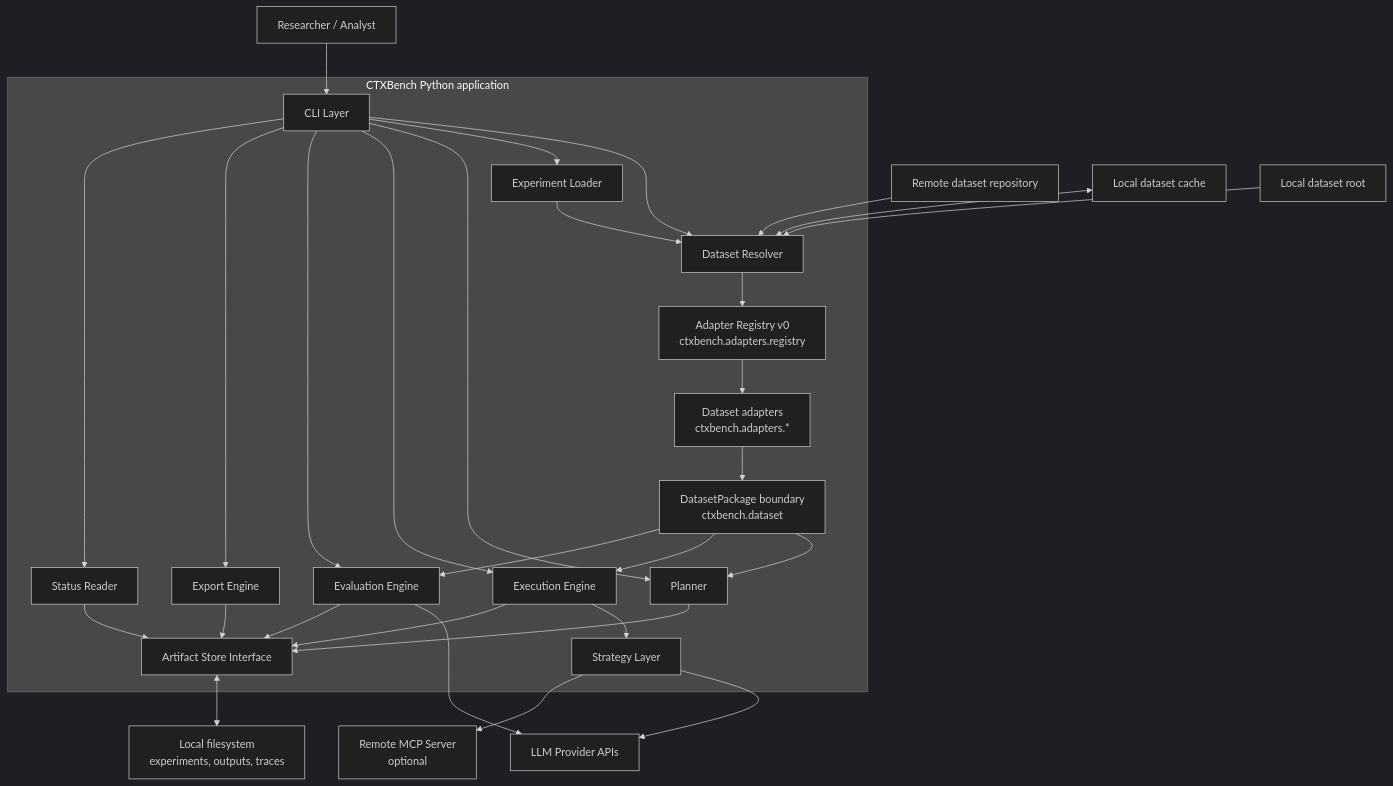
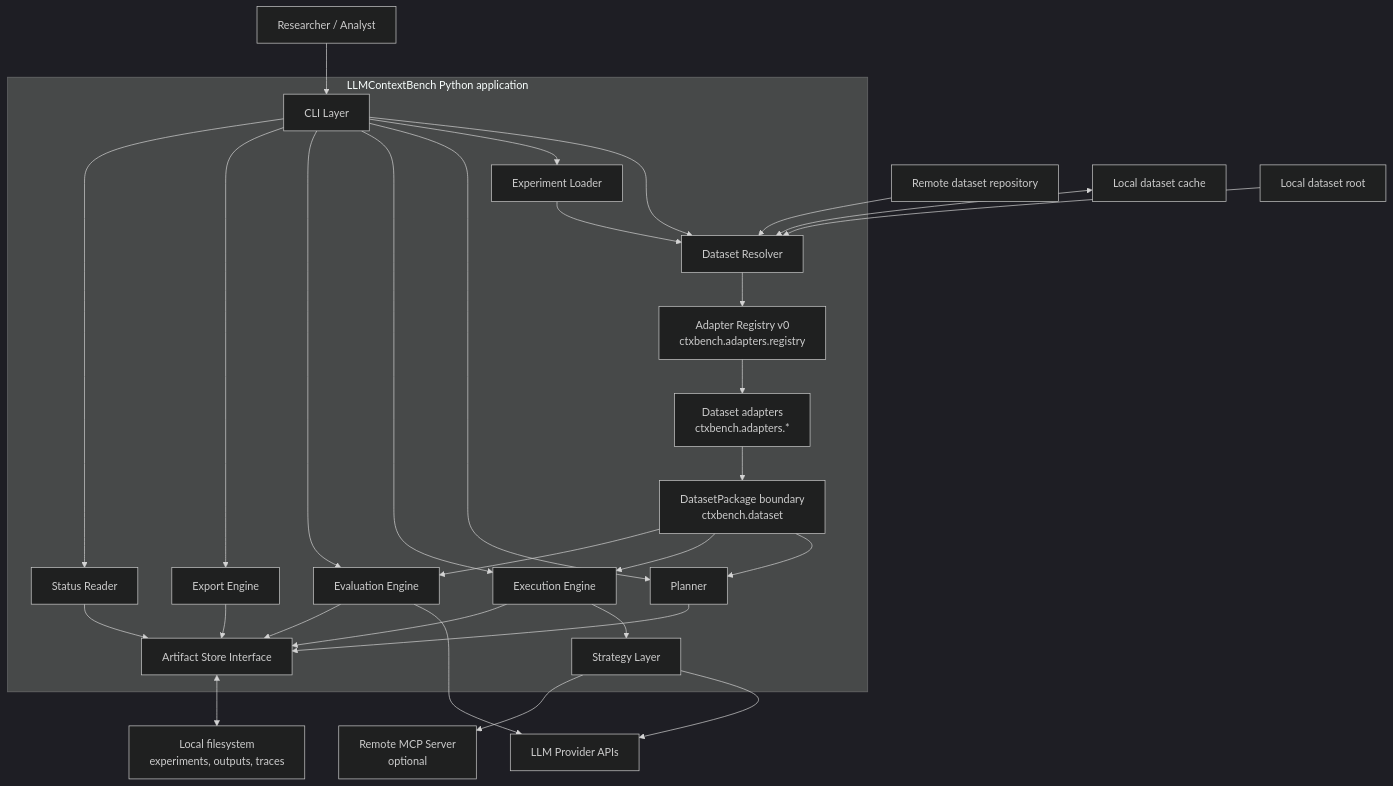
The diagram in docs/architecture/container.md (michelav/llmcontextbench), drawn with Mermaid (dark theme) before and after one commit. The commit also changed 42 other files, not shown here.

````diff
--- a/docs/architecture/container.md
+++ b/docs/architecture/container.md
@@ -5,57 +5,57 @@
 ```mermaid
 flowchart TB
     User["Researcher / Analyst"]
     Repo["Remote dataset repository"]
     Cache["Local dataset cache"]
     DatasetRoot["Local dataset root"]
 
-    subgraph CTX["CTXBench Python application"]
+    subgraph CTX["LLMContextBench Python application"]
         CLI["CLI Layer"]
         EXP["Experiment Loader"]
         RES["Dataset Resolver"]
         REG["Adapter Registry v0<br/>ctxbench.adapters.registry"]
         PKG["DatasetPackage boundary<br/>ctxbench.dataset"]
         ADAPT["Dataset adapters<br/>ctxbench.adapters.*"]
         PLAN["Planner"]
         EXEC["Execution Engine"]
         STRAT["Strategy Layer"]
         EVAL["Evaluation Engine"]
         EXPORT["Export Engine"]
         STATUS["Status Reader"]
         STORE["Artifact Store Interface"]
     end
 
     FS["Local filesystem<br/>experiments, outputs, traces"]
     LLM["LLM Provider APIs"]
     MCP["Remote MCP Server<br/>optional"]
 
     User --> CLI
     CLI --> RES
     CLI --> EXP
     CLI --> PLAN
     CLI --> EXEC
     CLI --> EVAL
     CLI --> EXPORT
     CLI --> STATUS
 
     Repo --> RES
     Cache <--> RES
     DatasetRoot --> RES
     EXP --> RES
     RES --> REG
     REG --> ADAPT
     ADAPT --> PKG
     PKG --> PLAN
     PKG --> EXEC
     PKG --> EVAL
     PLAN --> STORE
     EXEC --> STRAT
     STRAT --> LLM
     STRAT --> MCP
     EXEC --> STORE
     EVAL --> LLM
     EVAL --> STORE
     EXPORT --> STORE
     STATUS --> STORE
     STORE <--> FS
 ```
````
